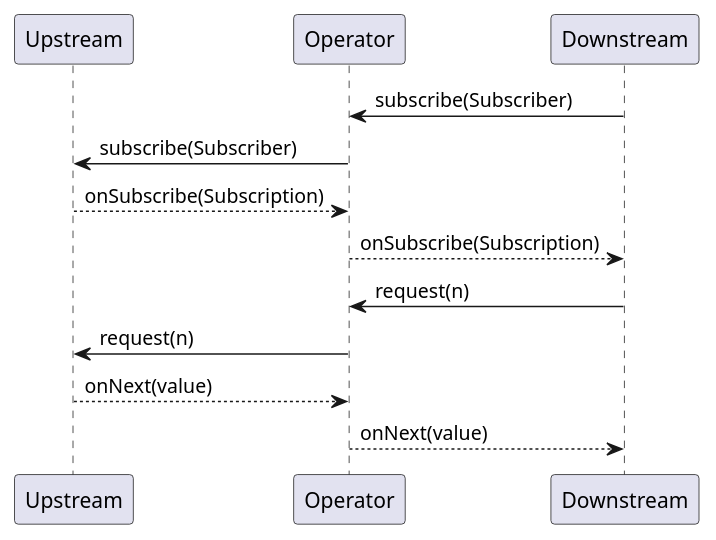
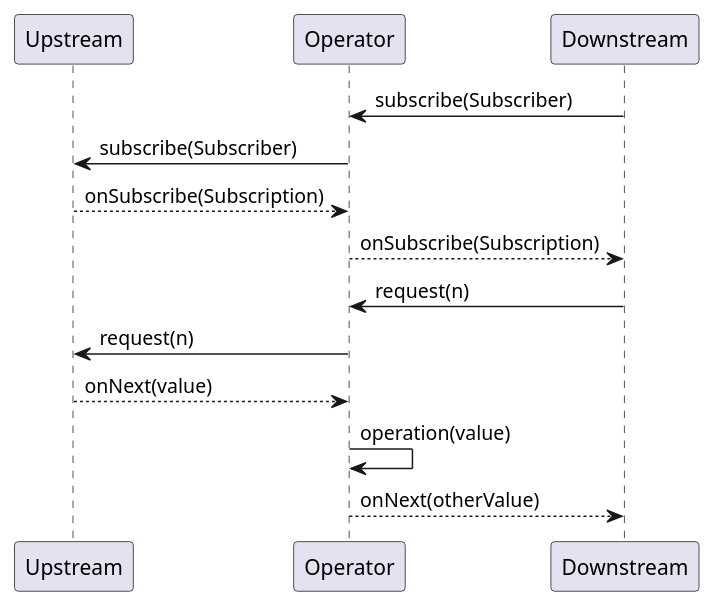
One commit to yanghoon/obsidian-workspace changed the second of 2 diagrams in _diary/2024-06-18.md. Above: the diagram before and after it, drawn with PlantUML.

Commit message:
vault backup: 2024-06-19 00:47:40

````diff
--- a/_diary/2024-06-18.md
+++ b/_diary/2024-06-18.md
@@ -41,19 +41,20 @@
 ```plantuml
 @startuml
 
 participant Upstream as Up
 participant Operator as Ops
 participant Downstream as Down
 
 Down -> Ops: subscribe(Subscriber)
 Ops -> Up: subscribe(Subscriber)
 Ops <-- Up: onSubscribe(Subscription)
 Down <-- Ops: onSubscribe(Subscription)
 
 Down -> Ops: request(n)
 Ops -> Up: request(n)
 Ops <-- Up: onNext(value)
-Down <-- Ops: onNext(value)
+Ops -> Ops: operation(value)
+Down <-- Ops: onNext(otherValue)
 
 @enduml
 ```
````
